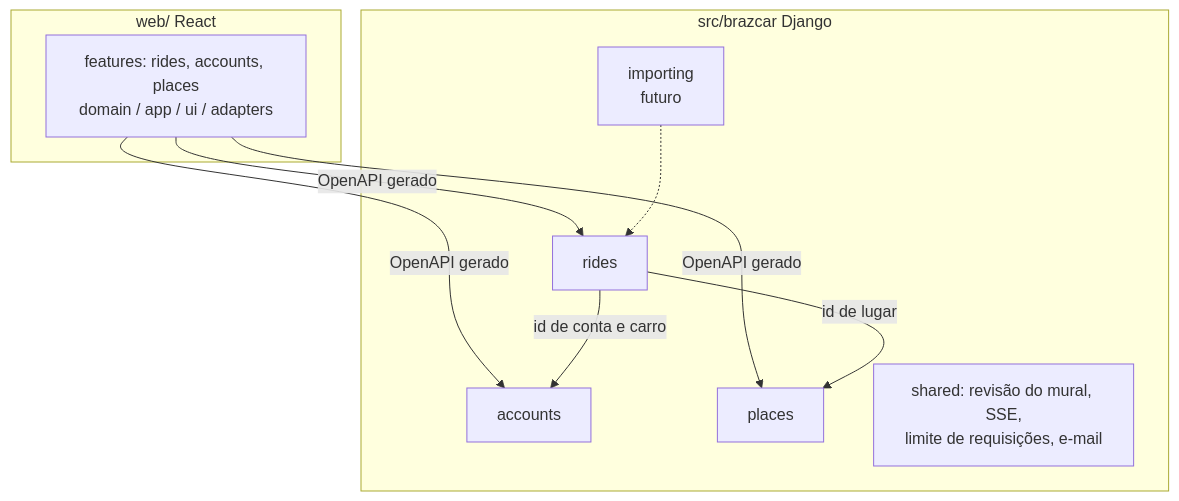
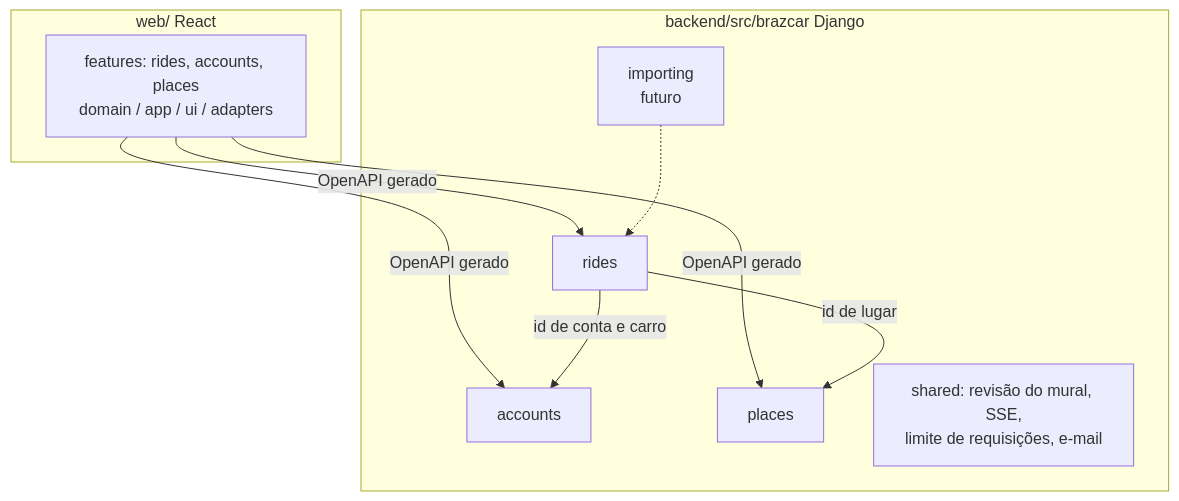
One commit to edududs/BrazCar changed the second of 2 diagrams in docs/architecture.md. Above: the diagram before and after it, drawn with Mermaid. The commit also changed other lines of this file and 49 other files, not shown here.

First line of the commit message:
feat(backend): scaffold Django 6 ASGI skeleton with tooling and architecture guard

````diff
--- a/docs/architecture.md
+++ b/docs/architecture.md
@@ -23,17 +23,17 @@
 ```mermaid
 flowchart TB
     subgraph web [web/ React]
         F[features: rides, accounts, places<br/>domain / app / ui / adapters]
     end
-    subgraph src [src/brazcar Django]
+    subgraph src [backend/src/brazcar Django]
         R[rides]
         AC[accounts]
         PL[places]
         SH[shared: revisão do mural, SSE,<br/>limite de requisições, e-mail]
         IM[importing<br/>futuro]
     end
     F -->|OpenAPI gerado| R & AC & PL
     R -->|id de lugar| PL
     R -->|id de conta e carro| AC
     IM -.-> R
 ```
````
